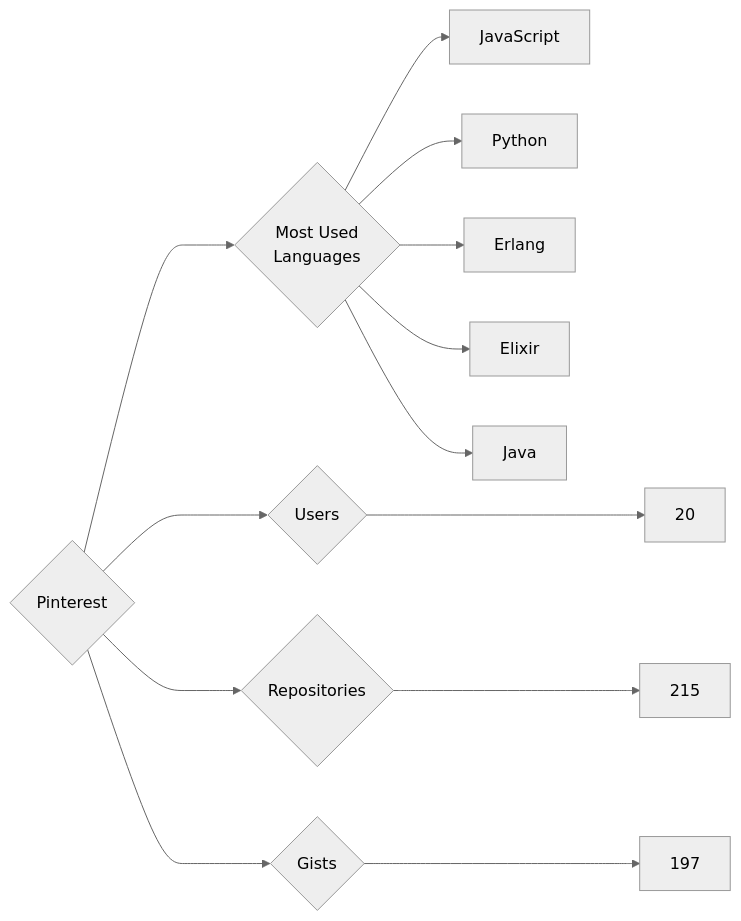
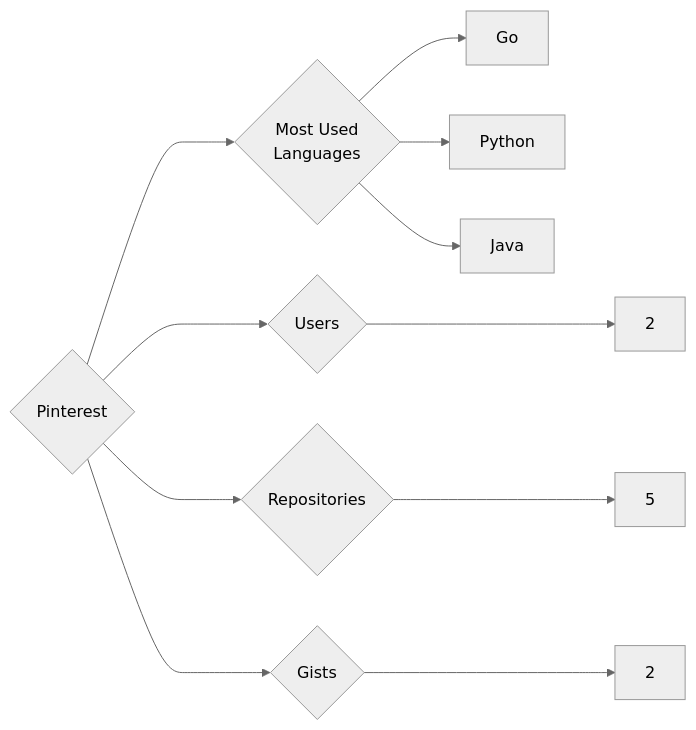
The diagram in targets/Pinterest/README.md (trickest/insiders), drawn with Mermaid (neutral theme) before and after one commit. The commit also changed 1508 other files, not shown here.

````diff
--- a/targets/Pinterest/README.md
+++ b/targets/Pinterest/README.md
@@ -3,13 +3,11 @@
 ```mermaid
 graph LR
 COMPANY_NAME{Pinterest}
-COMPANY_NAME ---> U{Users} ---> UN[20]
-COMPANY_NAME ---> R{Repositories} ---> RN[215]
-COMPANY_NAME ---> G{Gists} ---> GN[197]
+COMPANY_NAME ---> U{Users} ---> UN[2]
+COMPANY_NAME ---> R{Repositories} ---> RN[5]
+COMPANY_NAME ---> G{Gists} ---> GN[2]
 COMPANY_NAME ---> ML{Most Used<br>Languages}
-ML --> JavaScript[JavaScript]
+ML --> Go[Go]
 ML --> Python[Python]
-ML --> Erlang[Erlang]
-ML --> Elixir[Elixir]
 ML --> Java[Java]
 ```
````
